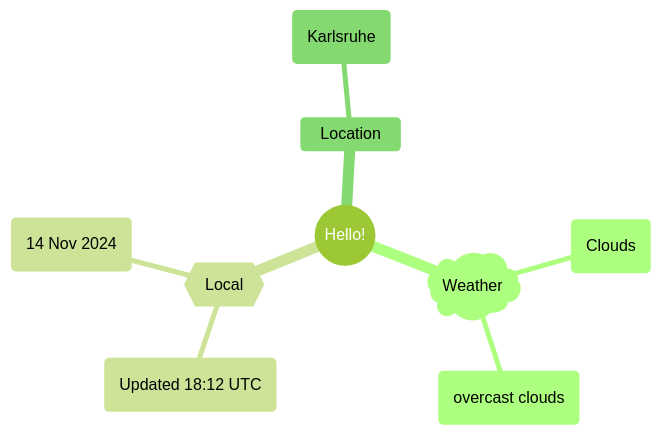
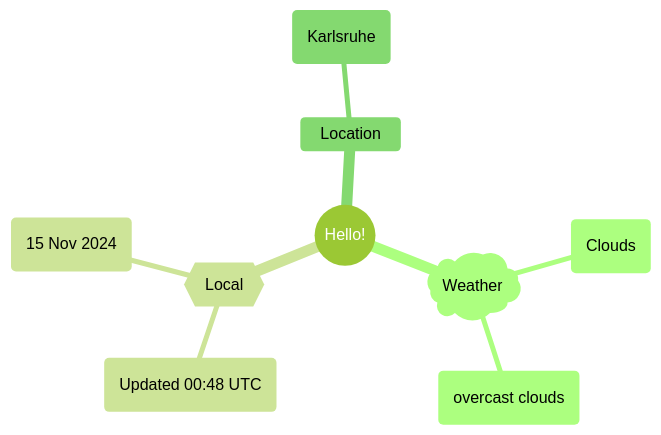
The first of 2 diagrams in README.md (Xosrov/Xosrov), drawn with Mermaid (forest theme) before and after one commit.

Commit message:
[bot] updated images

````diff
--- a/README.md
+++ b/README.md
@@ -3,12 +3,12 @@
 ```mermaid
 mindmap
   root((Hello!))
     )Weather(
         (Clouds)
         (overcast clouds)
     {{Local}}
-        (Updated 18:12 UTC)
-        (14 Nov 2024)
+        (Updated 00:48 UTC)
+        (15 Nov 2024)
     Location
         (Karlsruhe)
 ```
````
